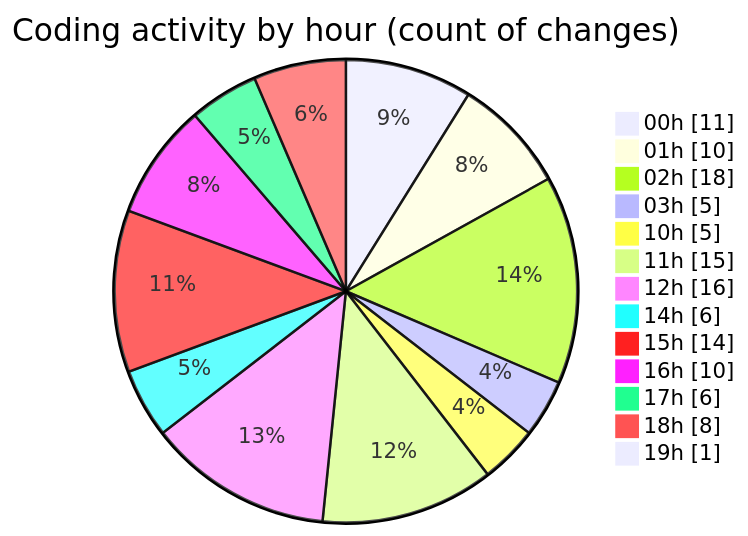
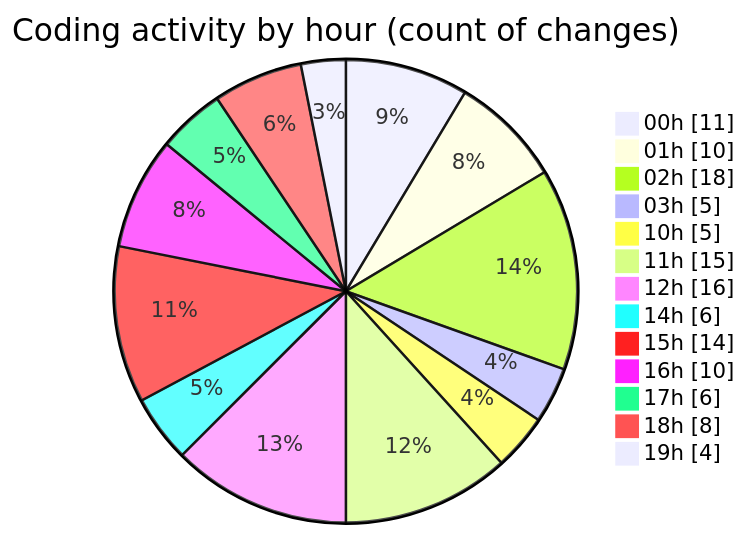
One commit to julien-gomy/code-tracking changed the second of 2 diagrams in 2025-11-02/cdp_aleoudev_fr__workspace_/README.md. Above: the diagram before and after it, drawn with Mermaid. The commit also changed other lines of this file and 1 other file, not shown here.

````diff
--- a/2025-11-02/cdp_aleoudev_fr__workspace_/README.md
+++ b/2025-11-02/cdp_aleoudev_fr__workspace_/README.md
@@ -39,17 +39,17 @@
 ```mermaid
 pie showData
 title Coding activity by hour (count of changes)
 "00h" : 11
 "01h" : 10
 "02h" : 18
 "03h" : 5
 "10h" : 5
 "11h" : 15
 "12h" : 16
 "14h" : 6
 "15h" : 14
 "16h" : 10
 "17h" : 6
 "18h" : 8
-"19h" : 1
+"19h" : 4
 ```
````
